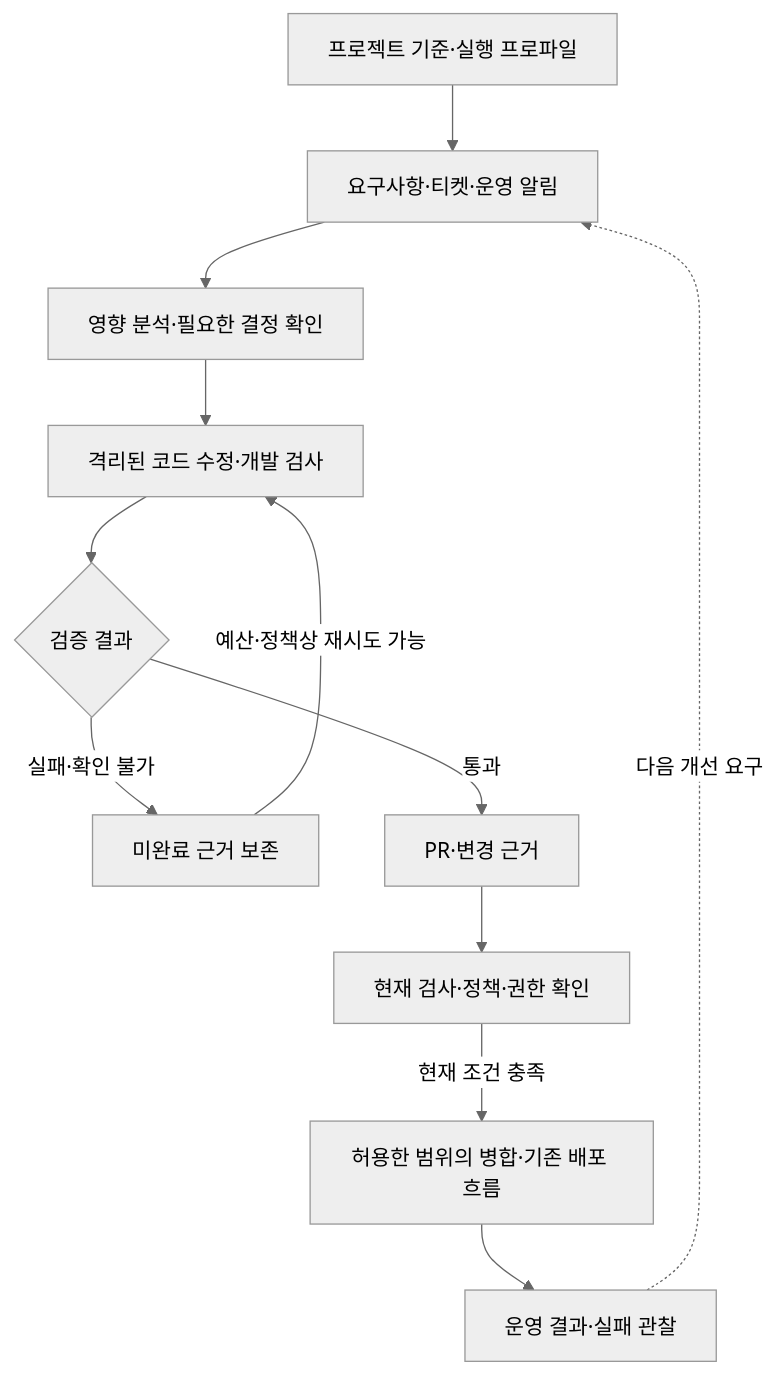
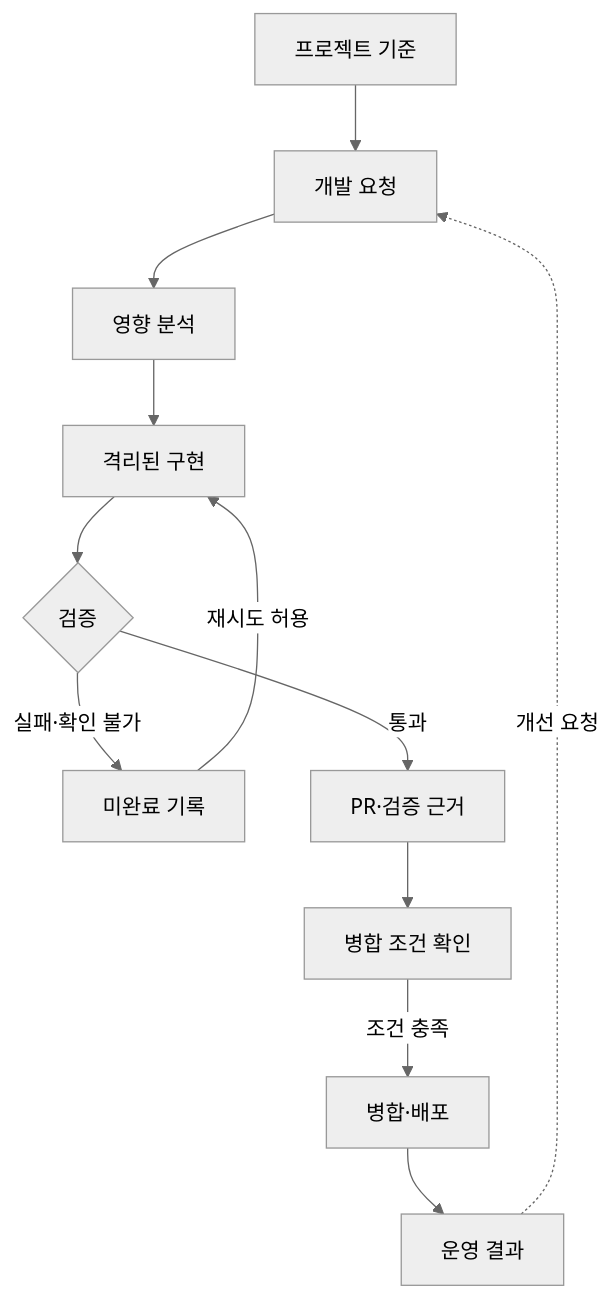
Before and after one commit to haandol/haandol.github.com: the third of 9 diagrams in _posts/2026-11-05-enterprise-wide-ax-essentials.md, drawn with Mermaid (neutral theme). The commit also changed other lines of this file and 1 other file, not shown here.

````diff
--- a/_posts/2026-11-05-enterprise-wide-ax-essentials.md
+++ b/_posts/2026-11-05-enterprise-wide-ax-essentials.md
@@ -155,14 +155,14 @@
 ```mermaid
 flowchart TB
-  B["프로젝트 기준·실행 프로파일"] --> R["요구사항·티켓·운영 알림"]
-  R --> A["영향 분석·필요한 결정 확인"]
-  A --> C["격리된 코드 수정·개발 검사"]
-  C --> V{"검증 결과"}
-  V -->|"실패·확인 불가"| F["미완료 근거 보존"]
-  F -->|"예산·정책상 재시도 가능"| C
-  V -->|"통과"| P["PR·변경 근거"]
-  P --> G["현재 검사·정책·권한 확인"]
-  G -->|"현재 조건 충족"| D["허용한 범위의 병합·기존 배포 흐름"]
-  D --> O["운영 결과·실패 관찰"]
-  O -.->|"다음 개선 요구"| R
+  B["프로젝트 기준"] --> R["개발 요청"]
+  R --> A["영향 분석"]
+  A --> C["격리된 구현"]
+  C --> V{"검증"}
+  V -->|"실패·확인 불가"| F["미완료 기록"]
+  F -->|"재시도 허용"| C
+  V -->|"통과"| P["PR·검증 근거"]
+  P --> G["병합 조건 확인"]
+  G -->|"조건 충족"| D["병합·배포"]
+  D --> O["운영 결과"]
+  O -.->|"개선 요청"| R
 ```
````
